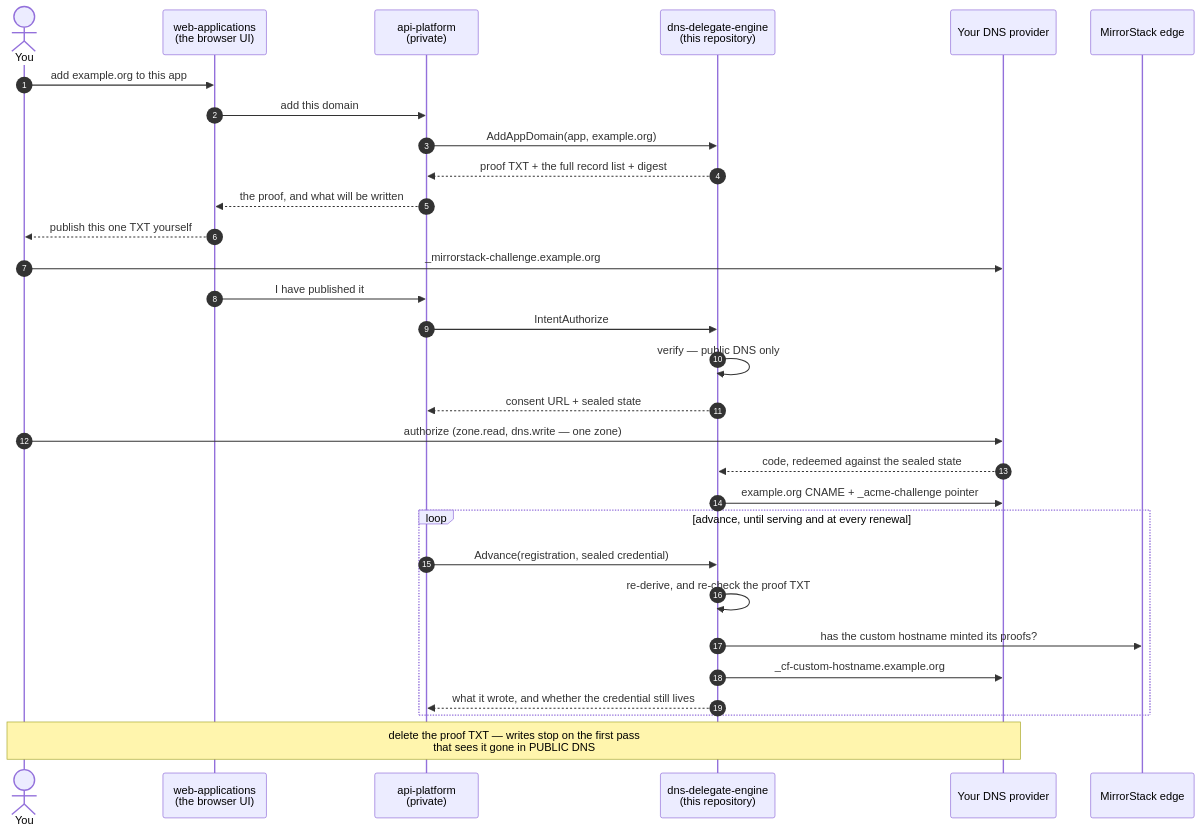
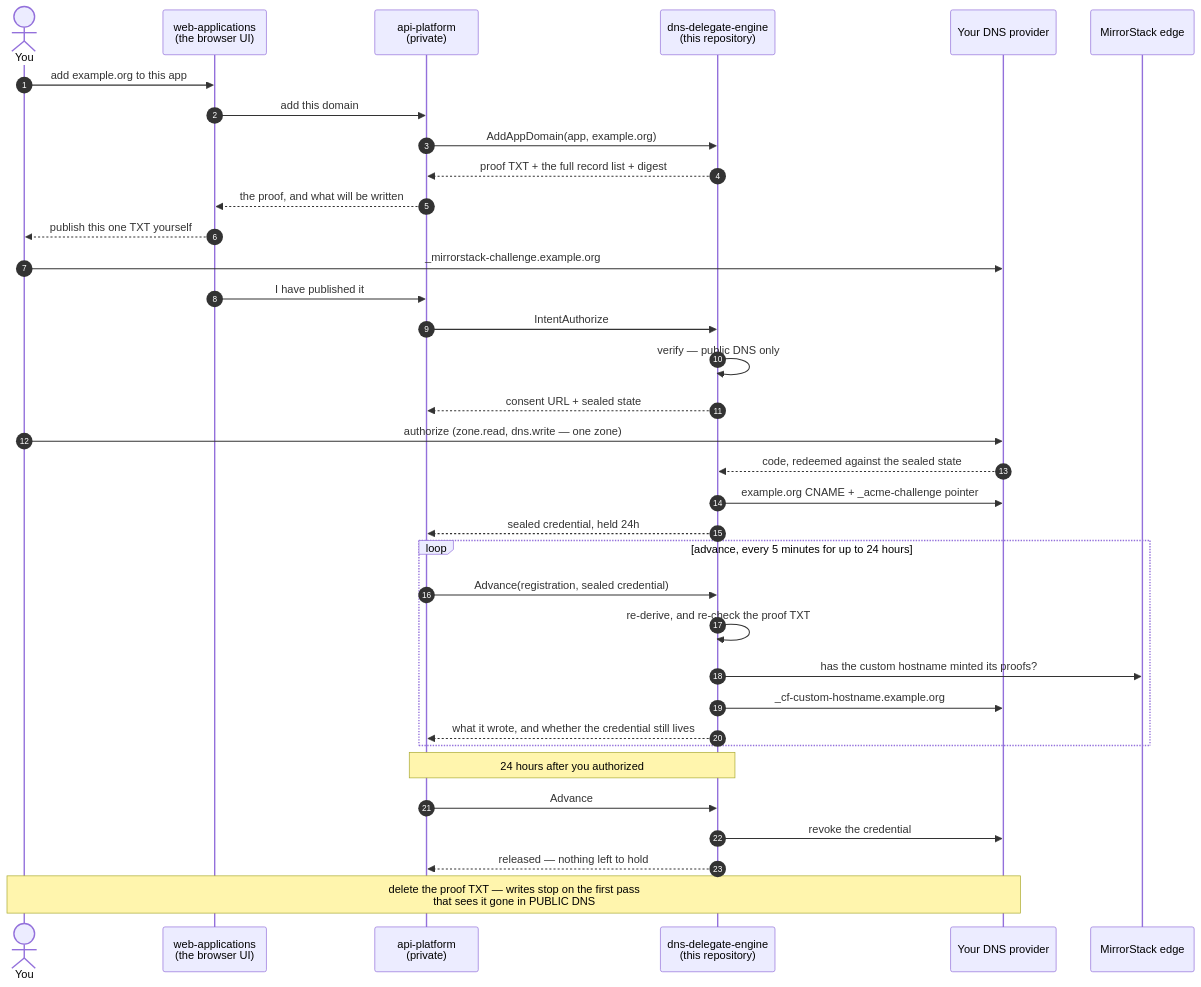
One commit to mirrorstack-ai/dns-delegate-engine changed the third of 4 diagrams in README.md. Above: the diagram before and after it, drawn with Mermaid. The commit also changed other lines of this file, not shown here.

First paragraph of the commit message:
docs: lane 2 stores nothing here either, and lane 3 revokes
Two more from owner review of #18, both the same root cause as the advance loop:
a diagram implying this service remembers something.

````diff
--- a/README.md
+++ b/README.md
@@ -409,37 +410,44 @@
 ```mermaid
 sequenceDiagram
     autonumber
     actor You
     participant Web as web-applications<br/>(the browser UI)
     participant API as api-platform<br/>(private)
     participant Engine as dns-delegate-engine<br/>(this repository)
     participant CF as Your DNS provider
     participant Edge as MirrorStack edge
 
     You->>Web: add example.org to this app
     Web->>API: add this domain
     API->>Engine: AddAppDomain(app, example.org)
     Engine-->>API: proof TXT + the full record list + digest
     API-->>Web: the proof, and what will be written
     Web-->>You: publish this one TXT yourself
 
     You->>CF: _mirrorstack-challenge.example.org
     Web->>API: I have published it
     API->>Engine: IntentAuthorize
     Engine->>Engine: verify — public DNS only
     Engine-->>API: consent URL + sealed state
 
     You->>CF: authorize (zone.read, dns.write — one zone)
     CF-->>Engine: code, redeemed against the sealed state
     Engine->>CF: example.org CNAME + _acme-challenge pointer
 
-    loop advance, until serving and at every renewal
+    Engine-->>API: sealed credential, held 24h
+
+    loop advance, every 5 minutes for up to 24 hours
         API->>Engine: Advance(registration, sealed credential)
         Engine->>Engine: re-derive, and re-check the proof TXT
         Engine->>Edge: has the custom hostname minted its proofs?
         Engine->>CF: _cf-custom-hostname.example.org
         Engine-->>API: what it wrote, and whether the credential still lives
     end
 
+    Note over API,Engine: 24 hours after you authorized
+    API->>Engine: Advance
+    Engine->>CF: revoke the credential
+    Engine-->>API: released — nothing left to hold
+
     Note over You,CF: delete the proof TXT — writes stop on the first pass<br/>that sees it gone in PUBLIC DNS
 ```
````
